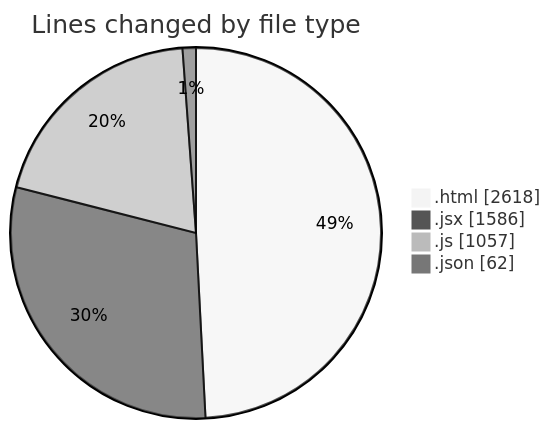
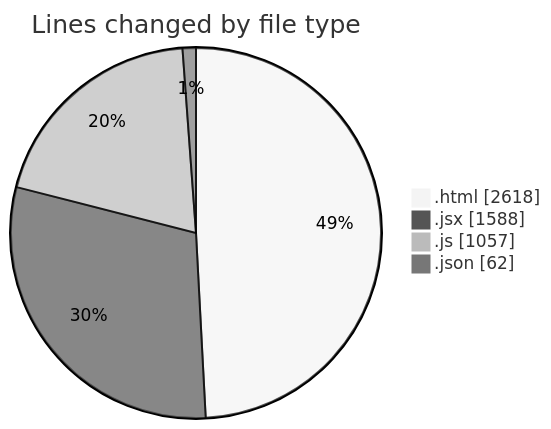
Before and after one commit to nxtqubesakshisongat/code-tracking: the first of 2 diagrams in 2025-08-08/nxtqube_webapp/README.md, drawn with Mermaid (neutral theme). The commit also changed other lines of this file and 1 other file, not shown here.

````diff
--- a/2025-08-08/nxtqube_webapp/README.md
+++ b/2025-08-08/nxtqube_webapp/README.md
@@ -24,8 +24,8 @@
 ```mermaid
 pie showData
 title Lines changed by file type
 ".html" : 2618
-".jsx" : 1586
+".jsx" : 1588
 ".js" : 1057
 ".json" : 62
 ```
````
